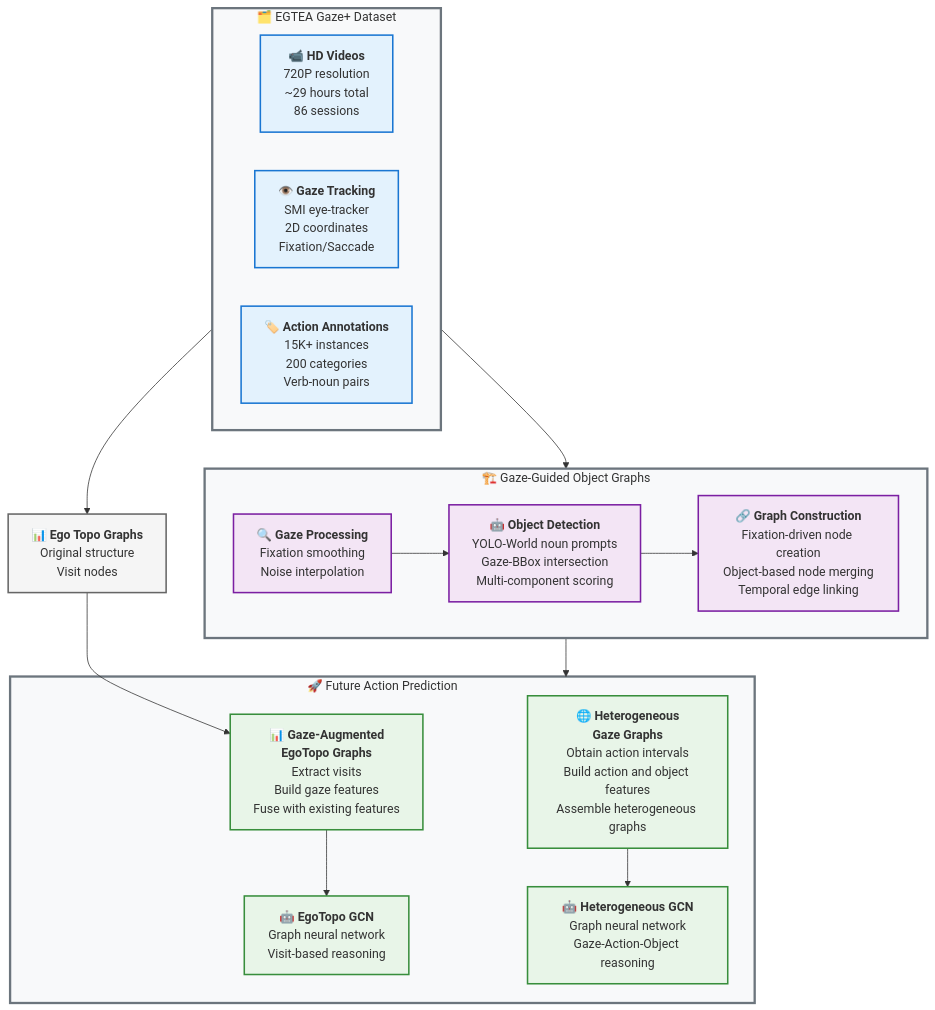
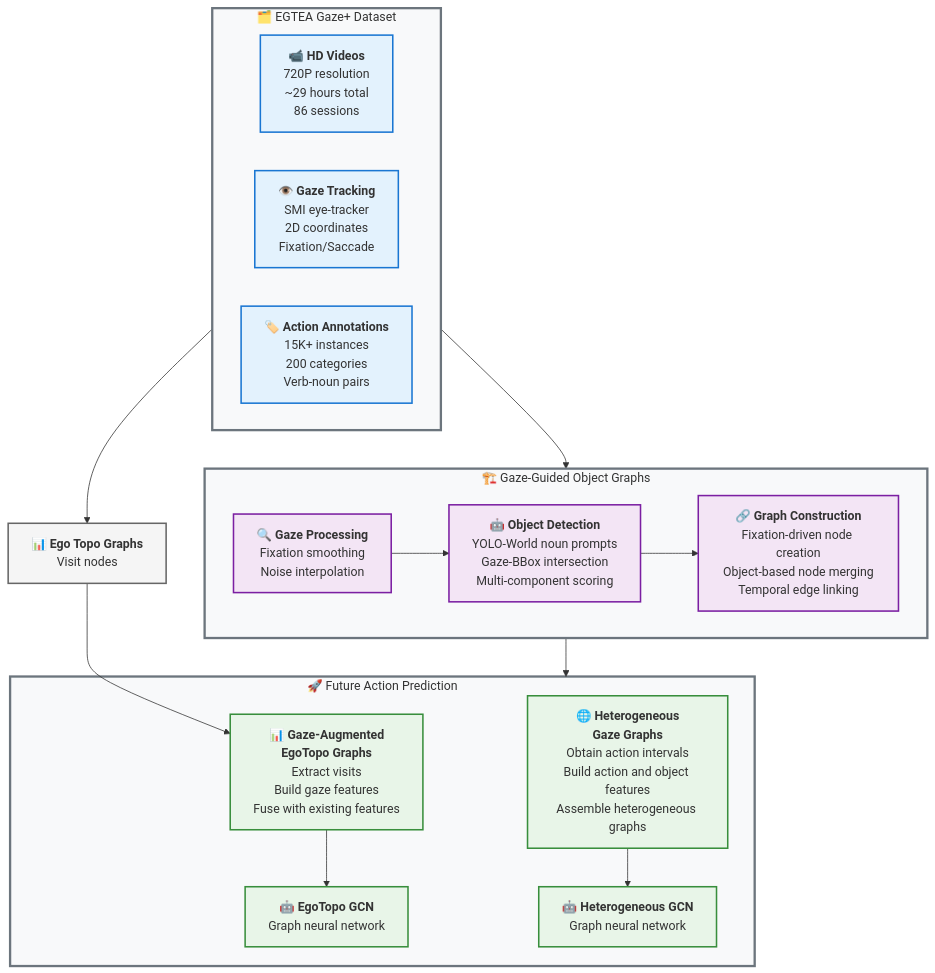
The diagram in figures/graph-construction-overview.md (tavis-siebert/gaze-guided-scene), drawn with Mermaid before and after one commit.

Commit message:
fix(figures): remove redundant descriptions from EgoTopo and Heterogeneous GCN nodes

```diff
--- a/figures/graph-construction-overview.md
+++ b/figures/graph-construction-overview.md
@@ -45,7 +45,6 @@
     
     %% External Graph Representation
     J["`📊 **Ego Topo Graphs**
-    Original structure
     Visit nodes`"]
     
     %% Future Action Prediction - Third level
@@ -63,12 +62,10 @@
         Assemble heterogeneous graphs`"]
         
         I1["`🤖 **EgoTopo GCN**
-        Graph neural network
-        Visit-based reasoning`"]
+        Graph neural network`"]
         
         I2["`🤖 **Heterogeneous GCN**
-        Graph neural network
-        Gaze-Action-Object reasoning`"]
+        Graph neural network`"]
         
         %% Internal connections
         G --> I1
```
